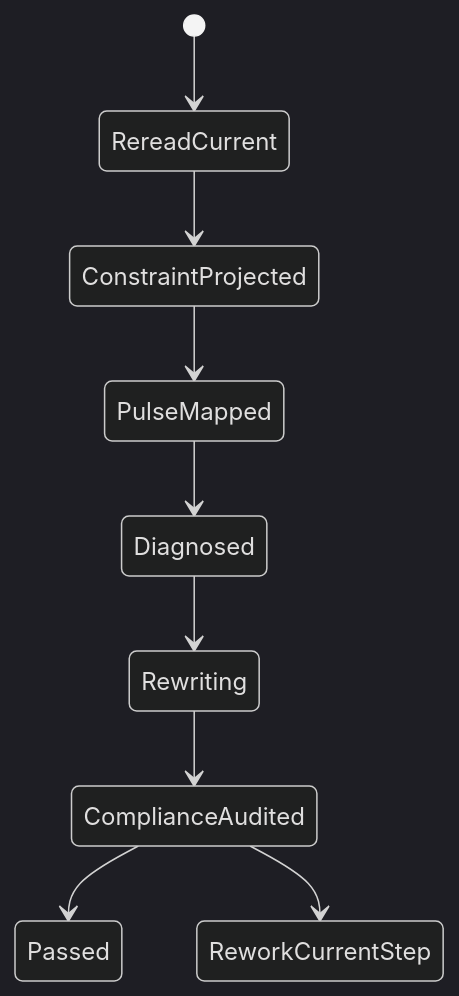
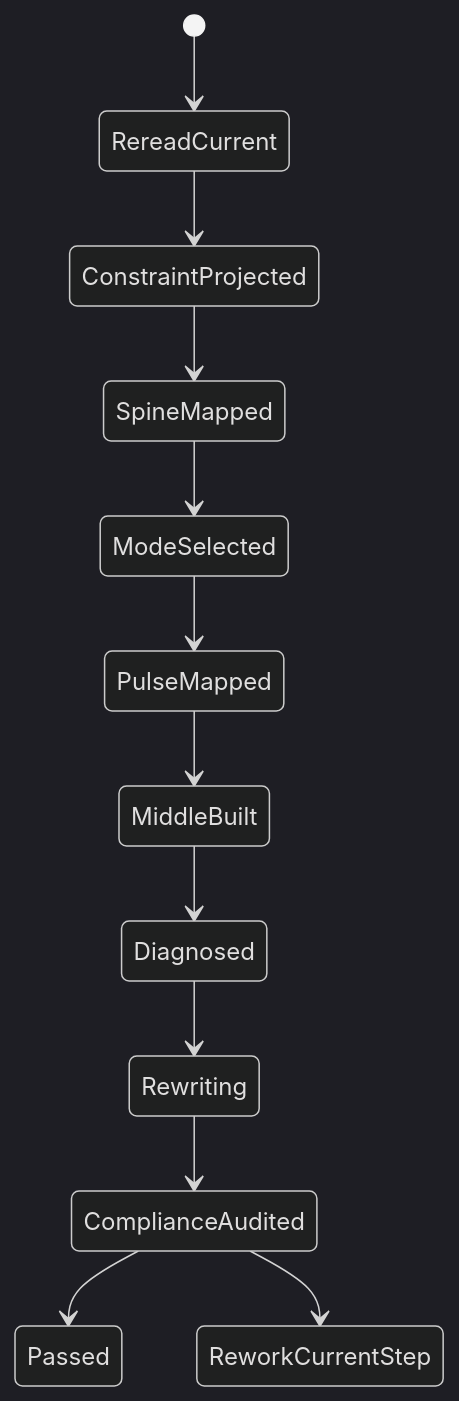
Before and after one commit to ZEN-VOID/AI-CUT: the fourth of 4 diagrams in .agents/skills/story/3-Drafting/2-节奏优化/SKILL.md, drawn with Mermaid (dark theme). The commit also changed other lines of this file and 184 other files, not shown here.

````diff
--- a/.agents/skills/story/3-Drafting/2-节奏优化/SKILL.md
+++ b/.agents/skills/story/3-Drafting/2-节奏优化/SKILL.md
@@ -186,11 +204,14 @@
 ```mermaid
 stateDiagram-v2
     [*] --> RereadCurrent
     RereadCurrent --> ConstraintProjected
-    ConstraintProjected --> PulseMapped
-    PulseMapped --> Diagnosed
+    ConstraintProjected --> SpineMapped
+    SpineMapped --> ModeSelected
+    ModeSelected --> PulseMapped
+    PulseMapped --> MiddleBuilt
+    MiddleBuilt --> Diagnosed
     Diagnosed --> Rewriting
     Rewriting --> ComplianceAudited
     ComplianceAudited --> Passed
     ComplianceAudited --> ReworkCurrentStep
 ```
````
